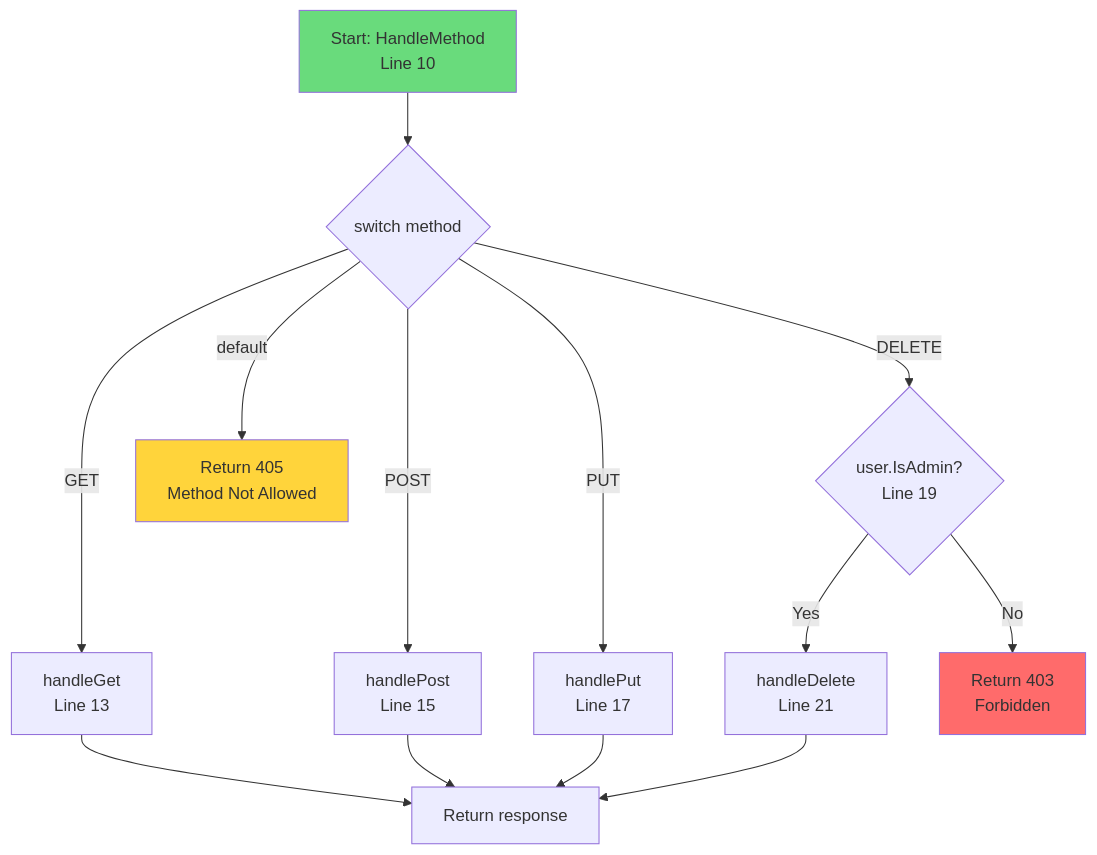
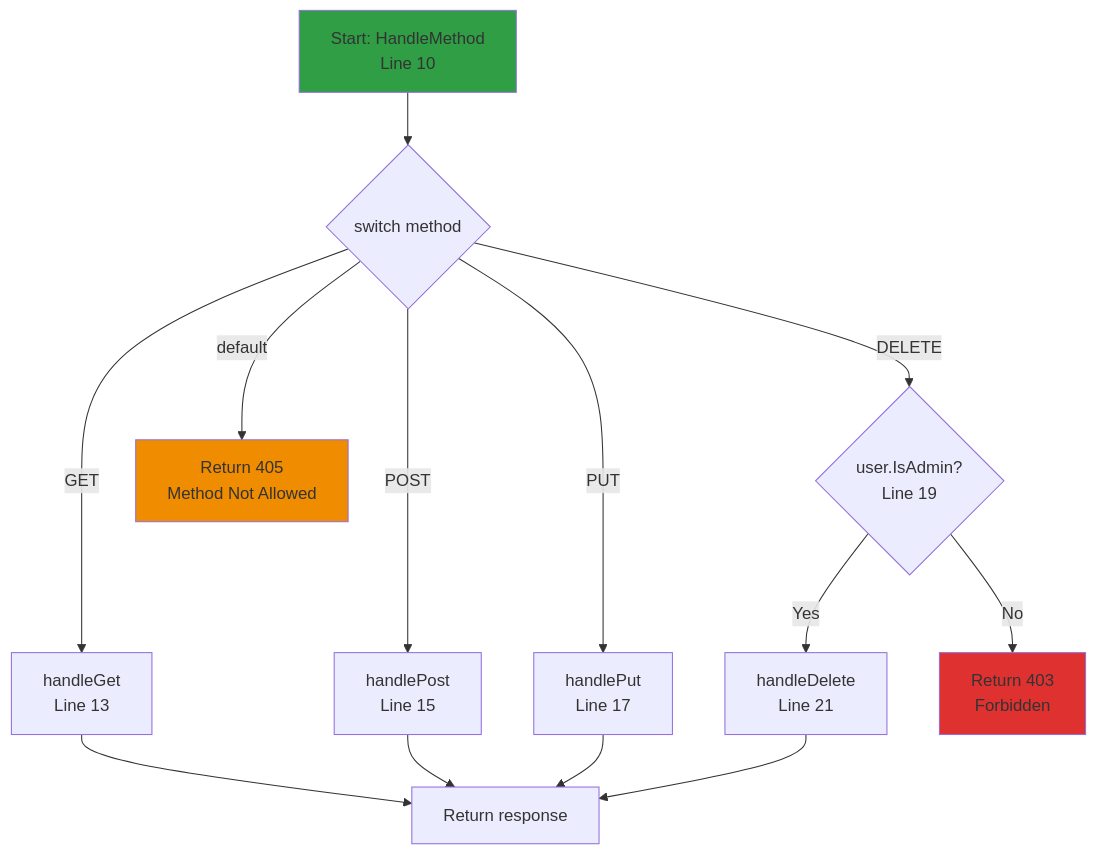
One commit to selimabeniacar/gemini-skills changed the third of 3 diagrams in examples/control-flow.md. Above: the diagram before and after it, drawn with Mermaid. The commit also changed other lines of this file and 6 other files, not shown here.

Commit message:
Add /flow skill for generating flow diagrams

````diff
--- a/examples/control-flow.md
+++ b/examples/control-flow.md
@@ -181,21 +181,21 @@
 ```mermaid
 flowchart TD
     A[Start: HandleMethod<br/>Line 10] --> B{switch method}
     B -->|GET| C[handleGet<br/>Line 13]
     B -->|POST| D[handlePost<br/>Line 15]
     B -->|PUT| E[handlePut<br/>Line 17]
     B -->|DELETE| F{user.IsAdmin?<br/>Line 19}
     B -->|default| G[Return 405<br/>Method Not Allowed]
 
     F -->|Yes| H[handleDelete<br/>Line 21]
     F -->|No| I[Return 403<br/>Forbidden]
 
     C --> J[Return response]
     D --> J
     E --> J
     H --> J
 
-    style A fill:#69db7c
-    style G fill:#ffd43b
-    style I fill:#ff6b6b
+    style A fill:#2f9e44
+    style G fill:#f08c00
+    style I fill:#e03131
 ```
````
